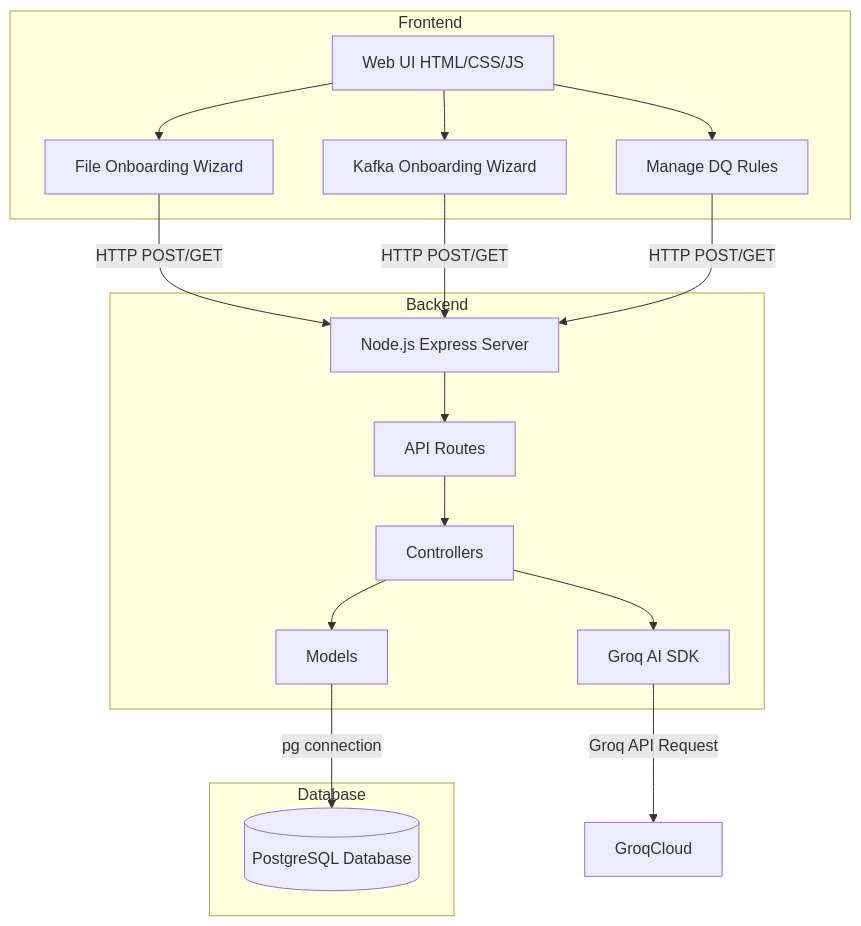
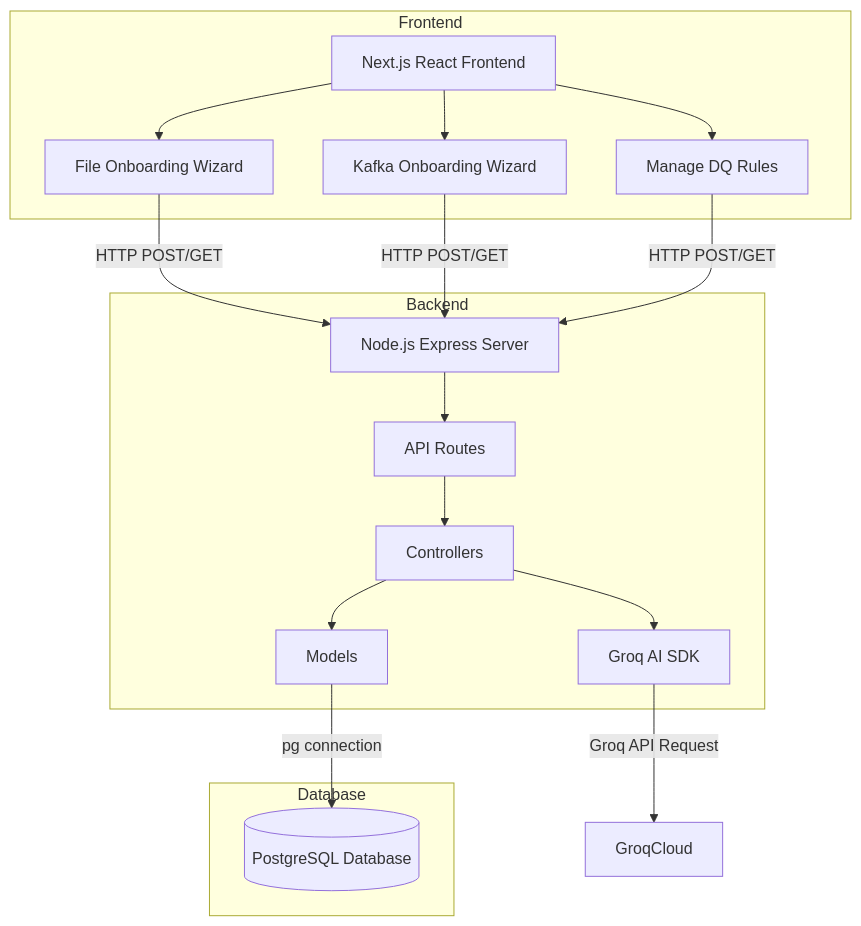
Before and after one commit to RawatShreyansh/onboarding_form: the first of 4 diagrams in README.md, drawn with Mermaid. The commit also changed other lines of this file, not shown here.

Commit message:
docs: update README to reflect next.js migration and new run instructions

````diff
--- a/README.md
+++ b/README.md
@@ -28,34 +28,34 @@
 ```mermaid
 graph TD
     subgraph Frontend
-        UI[Web UI HTML/CSS/JS]
+        UI[Next.js React Frontend]
         FileOnboarding[File Onboarding Wizard]
         KafkaOnboarding[Kafka Onboarding Wizard]
         DQManage[Manage DQ Rules]
         UI --> FileOnboarding
         UI --> KafkaOnboarding
         UI --> DQManage
     end
 
     subgraph Backend
         API[Node.js Express Server]
         Routes[API Routes]
         Controllers[Controllers]
         Models[Models]
         AI[Groq AI SDK]
         API --> Routes
         Routes --> Controllers
         Controllers --> Models
         Controllers --> AI
     end
 
     subgraph Database
         PG[(PostgreSQL Database)]
     end
 
     FileOnboarding -- HTTP POST/GET --> API
     KafkaOnboarding -- HTTP POST/GET --> API
     DQManage -- HTTP POST/GET --> API
     Models -- pg connection --> PG
     AI -- Groq API Request --> GroqCloud
 ```
````
